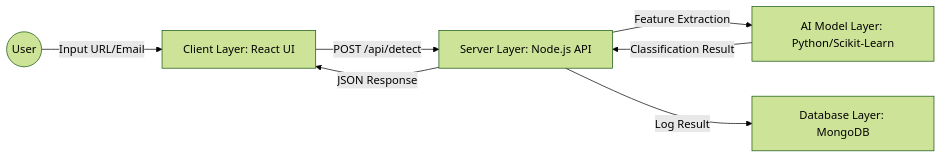
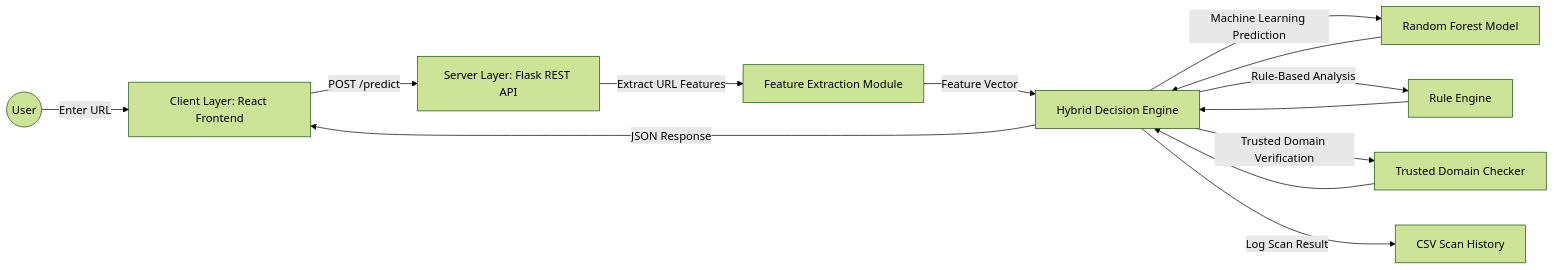
One commit to anvitahadkar06-beep/AI-Based-Phishing-Detection-Framework changed the diagram in docs/ARCHITECTURE.md. Above: the diagram before and after it, drawn with Mermaid (forest theme). The commit also changed other lines of this file, not shown here.

````diff
--- a/docs/ARCHITECTURE.md
+++ b/docs/ARCHITECTURE.md
@@ -6,9 +11,33 @@
 ```mermaid
 graph LR
-    User((User)) -->|Input URL/Email| Client[Client Layer: React UI]
-    Client -->|POST /api/detect| Server[Server Layer: Node.js API]
-    Server -->|Feature Extraction| AI[AI Model Layer: Python/Scikit-Learn]
-    Server -->|Log Result| DB[Database Layer: MongoDB]
-    AI -->|Classification Result| Server
-    Server -->|JSON Response| Client
+    User((User))
+    -->|Enter URL| Client[Client Layer: React Frontend]
+
+    Client
+    -->|POST /predict| Server[Server Layer: Flask REST API]
+
+    Server
+    -->|Extract URL Features| FE[Feature Extraction Module]
+
+    FE
+    -->|Feature Vector| DE[Hybrid Decision Engine]
+
+    DE
+    -->|Machine Learning Prediction| ML[Random Forest Model]
+
+    DE
+    -->|Rule-Based Analysis| RE[Rule Engine]
+
+    DE
+    -->|Trusted Domain Verification| TD[Trusted Domain Checker]
+
+    ML --> DE
+    RE --> DE
+    TD --> DE
+
+    DE
+    -->|Log Scan Result| LOG[CSV Scan History]
+
+    DE
+    -->|JSON Response| Client
 ```
````
